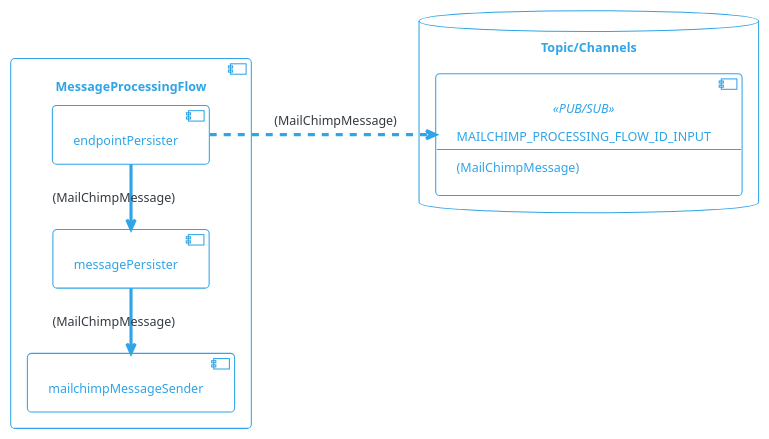
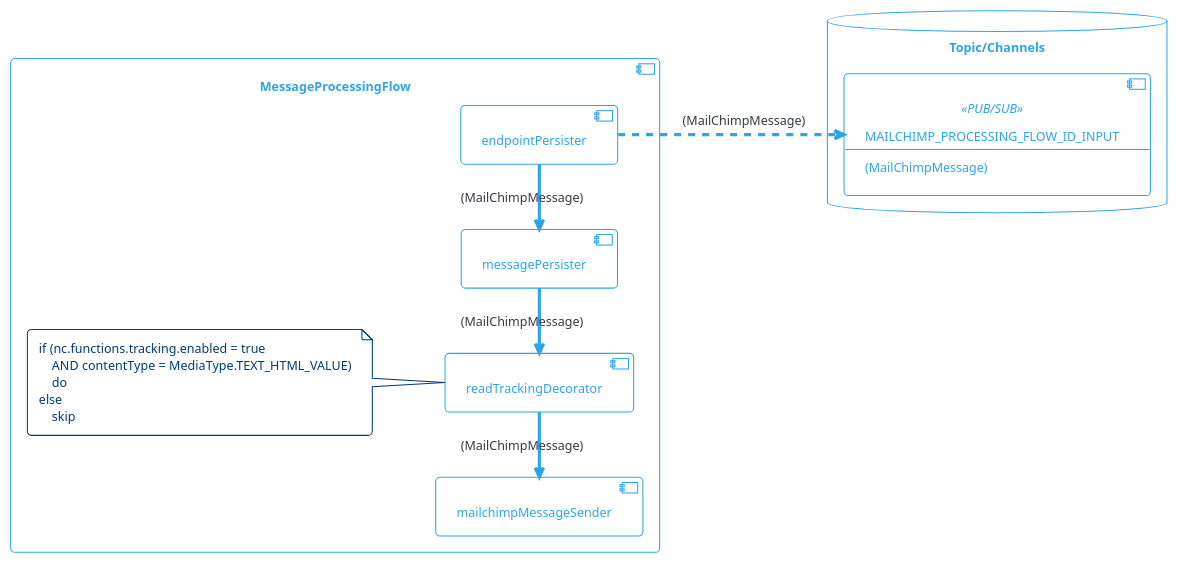
Before and after one commit to com-obj/notiflow: the diagram in docs/diagrams/src/mailchimp-processing-flow.puml, drawn with PlantUML. The commit also changed 12 other files, not shown here.

Commit message:
generalize read tracking decorator to support mailchimp

```diff
--- a/docs/diagrams/src/mailchimp-processing-flow.puml
+++ b/docs/diagrams/src/mailchimp-processing-flow.puml
@@ -1,34 +1,44 @@
 @startuml
 
 !theme cerulean-outline
 
 left to right direction
 
 skinparam backgroundcolor White
 skinparam component {
     backgroundColor<<user defined>> LightGray
 }
 
 
 database "Topic/Channels" {
     component MAILCHIMP_PROCESSING_FLOW_ID_INPUT<<PUB/SUB>>[
         MAILCHIMP_PROCESSING_FLOW_ID_INPUT
         --
         (MailChimpMessage)
     ]
 
 }
 
 component "MessageProcessingFlow" {
     [endpointPersister]
     [messagePersister]
+    [readTrackingDecorator]
     [mailchimpMessageSender]    
 
     endpointPersister -l-> messagePersister: (MailChimpMessage)
-    messagePersister -l-> mailchimpMessageSender: (MailChimpMessage)
+    messagePersister -l-> readTrackingDecorator: (MailChimpMessage)
+    readTrackingDecorator -l-> mailchimpMessageSender: (MailChimpMessage)
     endpointPersister ..> MAILCHIMP_PROCESSING_FLOW_ID_INPUT : (MailChimpMessage) 
+    
+    note left of readTrackingDecorator 
+        if (nc.functions.tracking.enabled = true 
+            AND contentType = MediaType.TEXT_HTML_VALUE)
+            do
+        else
+            skip      
+    end note 
 
 }
 
 
 @enduml
```
